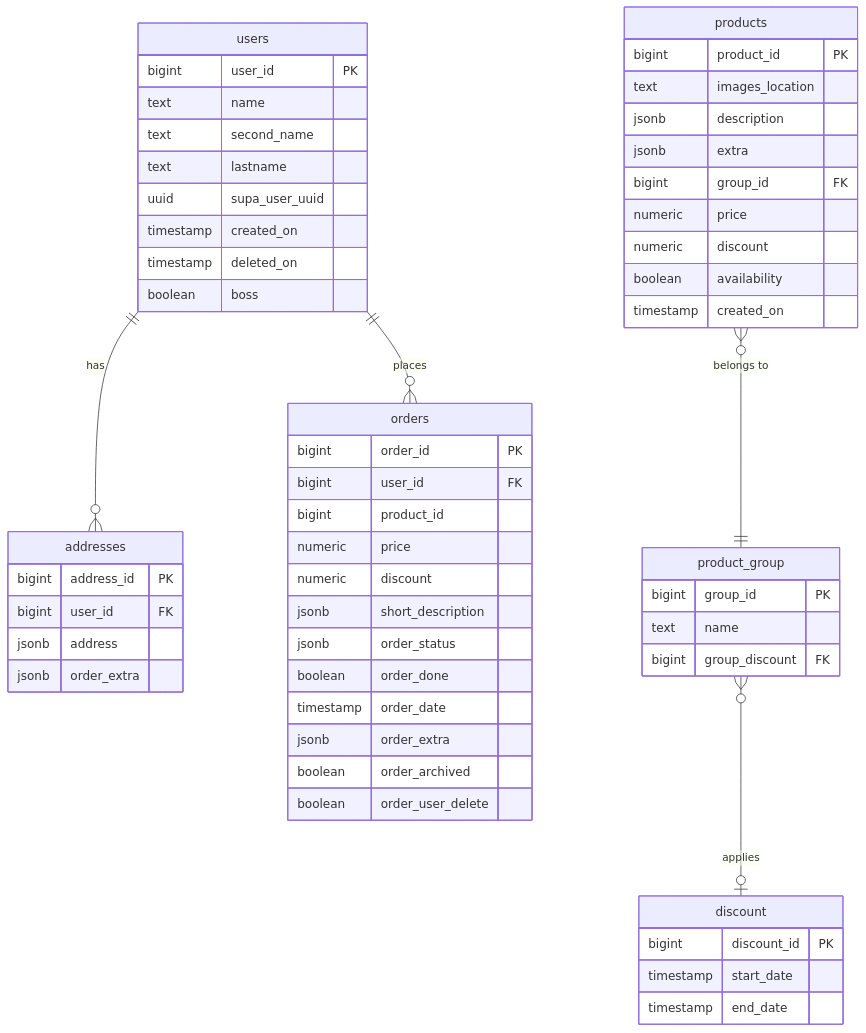
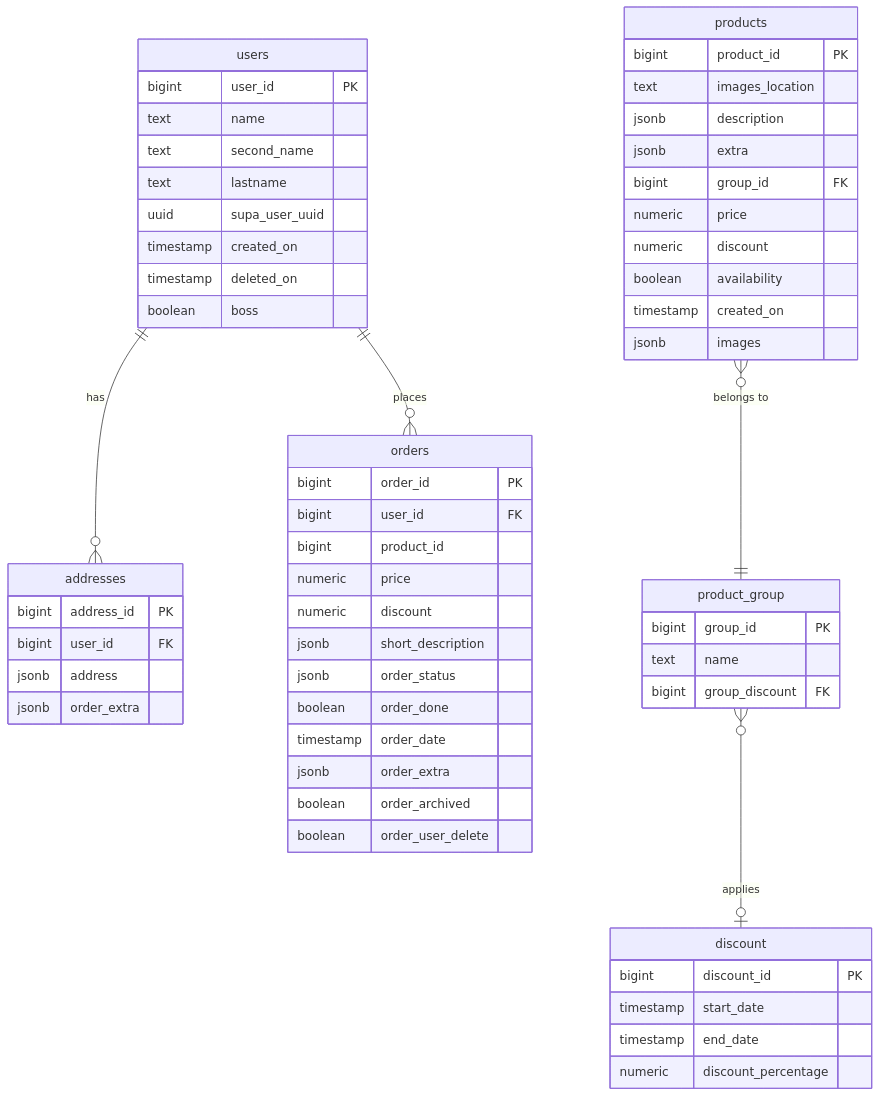
One commit to barzakov/incognito-farm changed the diagram in docs/database.md. Above: the diagram before and after it, drawn with Mermaid. The commit also changed other lines of this file and 8 other files, not shown here.

````diff
--- a/docs/database.md
+++ b/docs/database.md
@@ -5,64 +5,66 @@
 ```mermaid
 erDiagram
     users {
         bigint  user_id       PK
         text    name
         text    second_name
         text    lastname
         uuid    supa_user_uuid
         timestamp created_on
         timestamp deleted_on
         boolean boss
     }
 
     addresses {
         bigint  address_id    PK
         bigint  user_id       FK
         jsonb   address
         jsonb   order_extra
     }
 
     orders {
         bigint    order_id        PK
         bigint    user_id         FK
         bigint    product_id
         numeric   price
         numeric   discount
         jsonb     short_description
         jsonb     order_status
         boolean   order_done
         timestamp order_date
         jsonb     order_extra
         boolean   order_archived
         boolean   order_user_delete
     }
 
     products {
         bigint    product_id       PK
         text      images_location
         jsonb     description
         jsonb     extra
         bigint    group_id         FK
         numeric   price
         numeric   discount
         boolean   availability
         timestamp created_on
+        jsonb     images
     }
 
     product_group {
         bigint group_id        PK
         text   name
         bigint group_discount  FK
     }
 
     discount {
         bigint    discount_id  PK
         timestamp start_date
         timestamp end_date
+        numeric   discount_percentage
     }
 
     users        ||--o{ addresses     : "has"
     users        ||--o{ orders        : "places"
     product_group }o--o| discount      : "applies"
     products     }o--|| product_group  : "belongs to"
 ```
````
